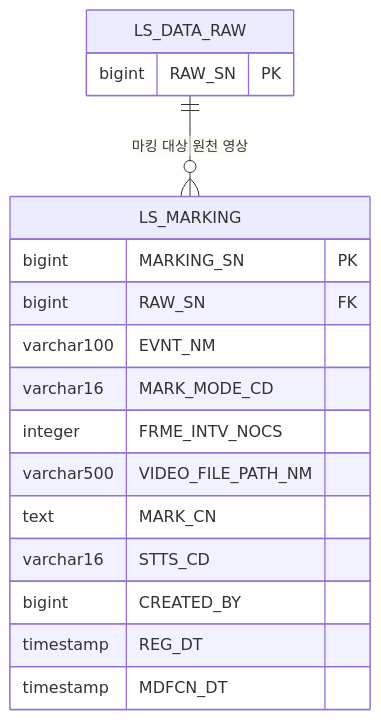
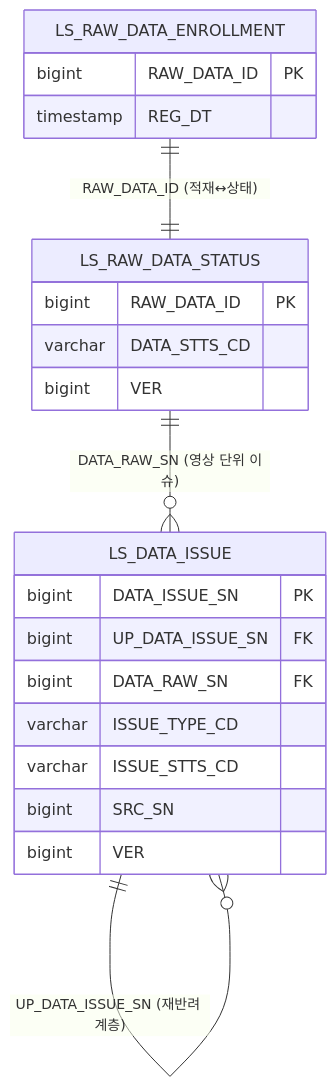
The fifth of 13 diagrams in docs/design/D8-엔티티관계모형설계서.md (New-stella/klid-label), drawn with Mermaid before and after one commit. The commit also changed other lines of this file and 6 other files, not shown here.

````diff
--- a/docs/design/D8-엔티티관계모형설계서.md
+++ b/docs/design/D8-엔티티관계모형설계서.md
@@ -270,21 +193,24 @@
 ```mermaid
 erDiagram
-    LS_MARKING {
-        bigint MARKING_SN PK
-        bigint RAW_SN FK
-        varchar100 EVNT_NM
-        varchar16 MARK_MODE_CD
-        integer FRME_INTV_NOCS
-        varchar500 VIDEO_FILE_PATH_NM
-        text MARK_CN
-        varchar16 STTS_CD
-        bigint CREATED_BY
+    LS_RAW_DATA_ENROLLMENT ||--|| LS_RAW_DATA_STATUS : "RAW_DATA_ID (적재↔상태)"
+    LS_RAW_DATA_STATUS ||--o{ LS_DATA_ISSUE : "DATA_RAW_SN (영상 단위 이슈)"
+    LS_DATA_ISSUE ||--o{ LS_DATA_ISSUE : "UP_DATA_ISSUE_SN (재반려 계층)"
+    LS_RAW_DATA_ENROLLMENT {
+        bigint RAW_DATA_ID PK
         timestamp REG_DT
-        timestamp MDFCN_DT
     }
-    LS_DATA_RAW {
-        bigint RAW_SN PK
+    LS_RAW_DATA_STATUS {
+        bigint RAW_DATA_ID PK
+        varchar DATA_STTS_CD
+        bigint VER
     }
-
-    LS_DATA_RAW ||--o{ LS_MARKING : "마킹 대상 원천 영상"
+    LS_DATA_ISSUE {
+        bigint DATA_ISSUE_SN PK
+        bigint UP_DATA_ISSUE_SN FK
+        bigint DATA_RAW_SN FK
+        varchar ISSUE_TYPE_CD
+        varchar ISSUE_STTS_CD
+        bigint SRC_SN
+        bigint VER
+    }
 ```
````
